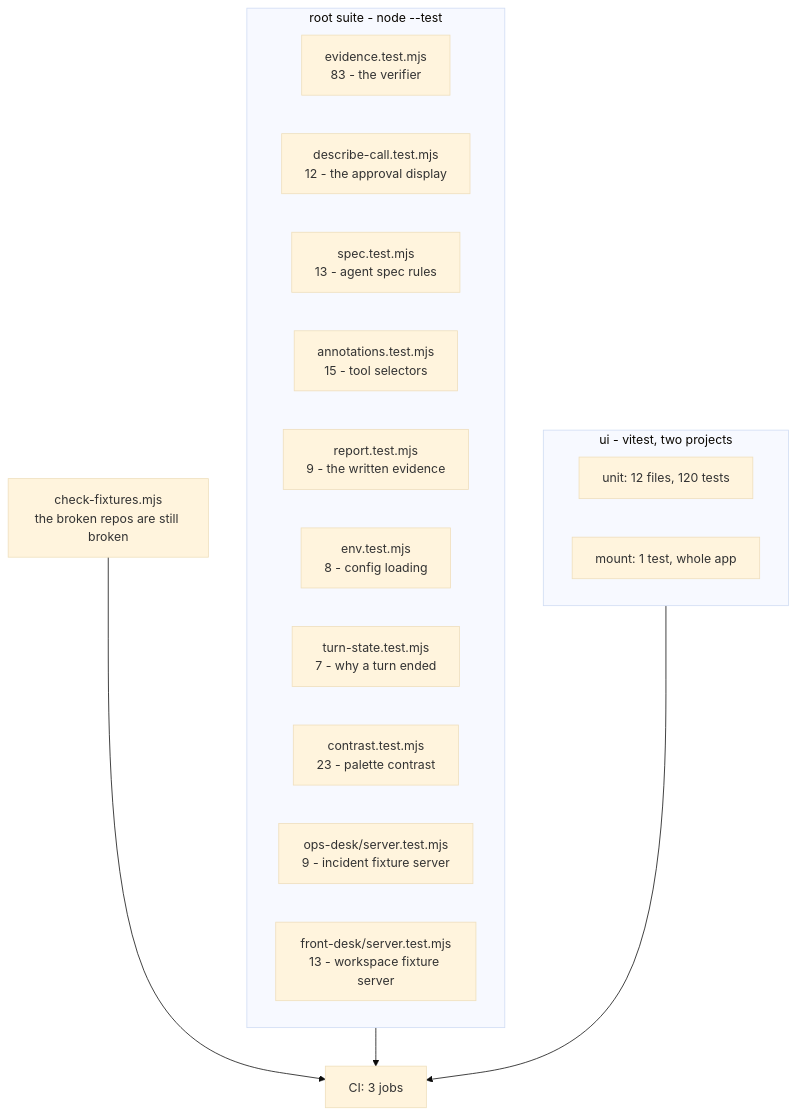
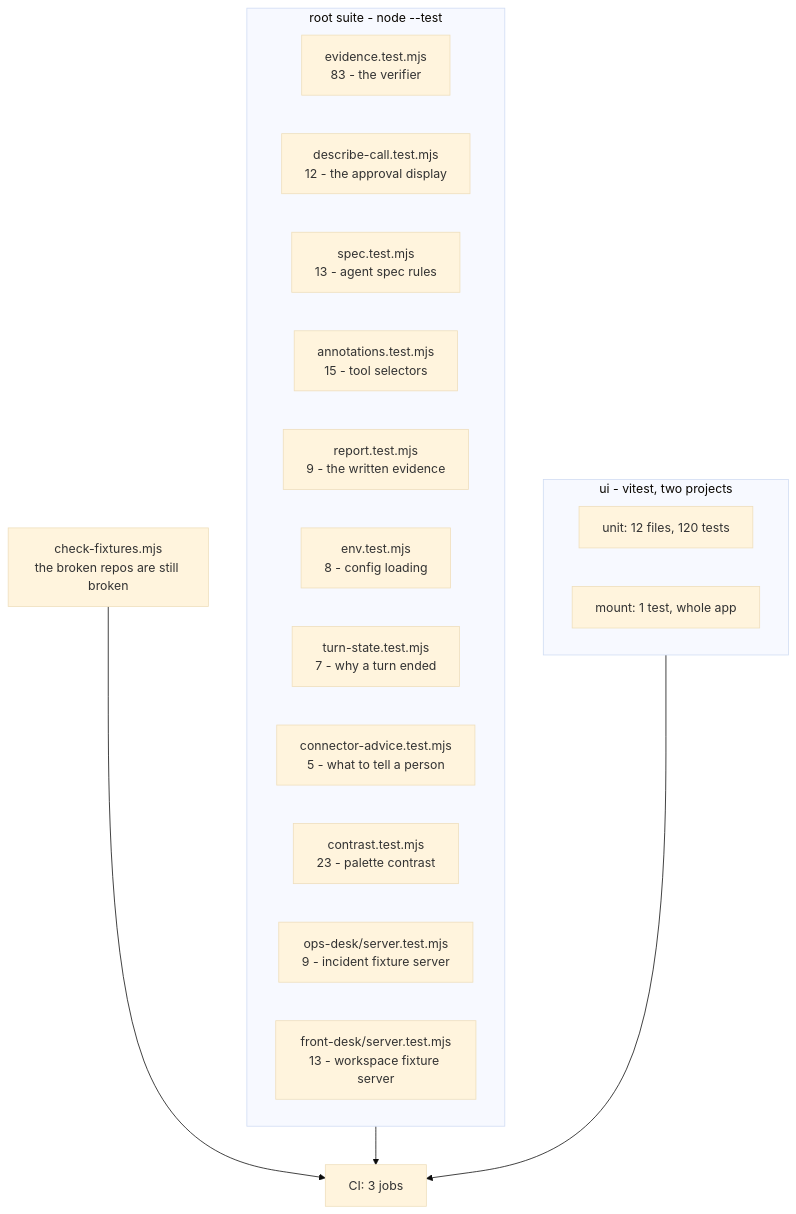
The diagram in TESTING.md (manumishra12/quartermaster), drawn with Mermaid (base theme) before and after one commit. The commit also changed other lines of this file and 4 other files, not shown here.

````diff
--- a/TESTING.md
+++ b/TESTING.md
@@ -30,26 +30,27 @@
 ```mermaid
 flowchart TD
   subgraph root["root suite - node --test"]
     EV["evidence.test.mjs<br/>83 - the verifier"]
     DC["describe-call.test.mjs<br/>12 - the approval display"]
     SP["spec.test.mjs<br/>13 - agent spec rules"]
     AN["annotations.test.mjs<br/>15 - tool selectors"]
     RP["report.test.mjs<br/>9 - the written evidence"]
     EN["env.test.mjs<br/>8 - config loading"]
     TS["turn-state.test.mjs<br/>7 - why a turn ended"]
+    CA["connector-advice.test.mjs<br/>5 - what to tell a person"]
     CO["contrast.test.mjs<br/>23 - palette contrast"]
     OD["ops-desk/server.test.mjs<br/>9 - incident fixture server"]
     FD["front-desk/server.test.mjs<br/>13 - workspace fixture server"]
   end
 
   subgraph ui["ui - vitest, two projects"]
     U1["unit: 12 files, 120 tests"]
     U2["mount: 1 test, whole app"]
   end
 
   FX["check-fixtures.mjs<br/>the broken repos are still broken"]
 
   root --> CI["CI: 3 jobs"]
   ui --> CI
   FX --> CI
 ```
````
